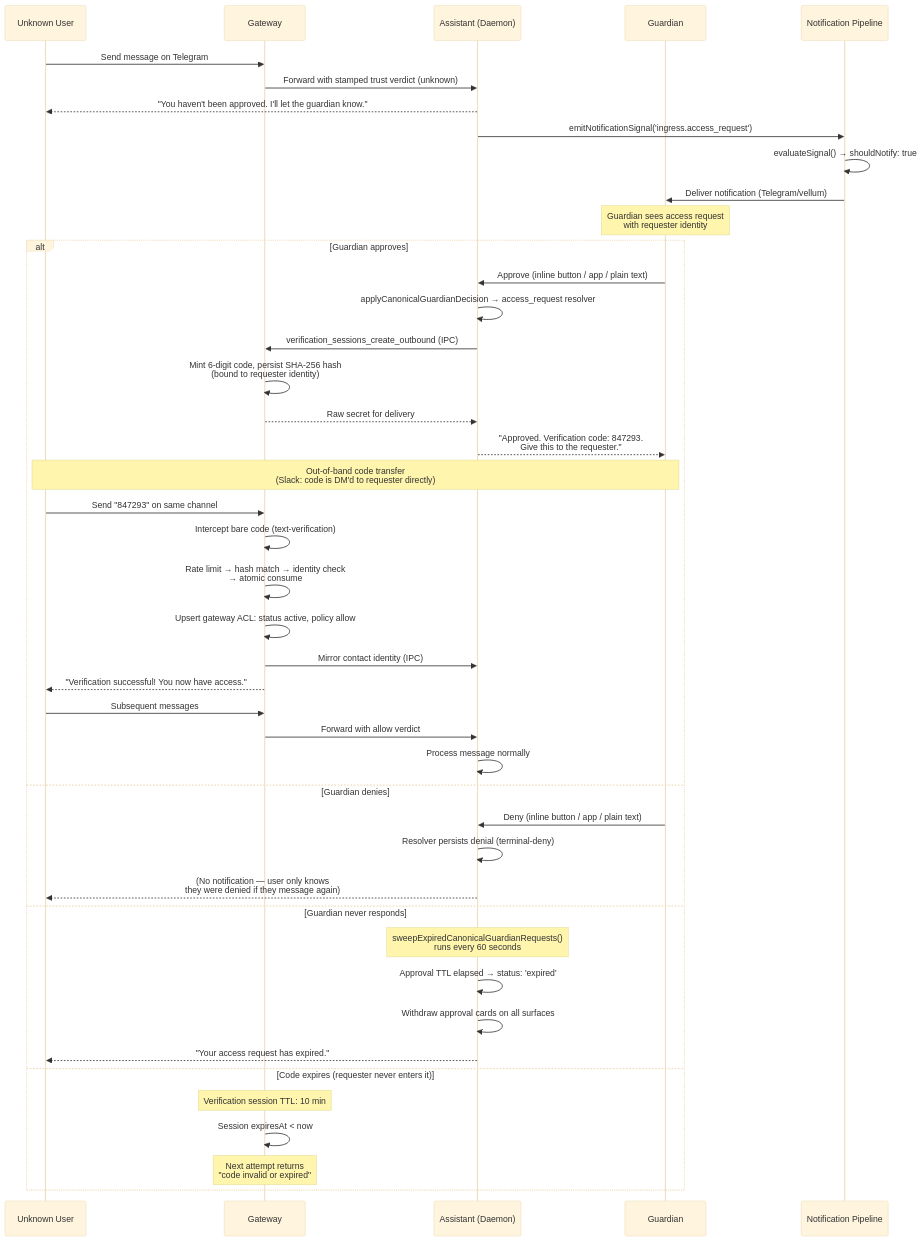
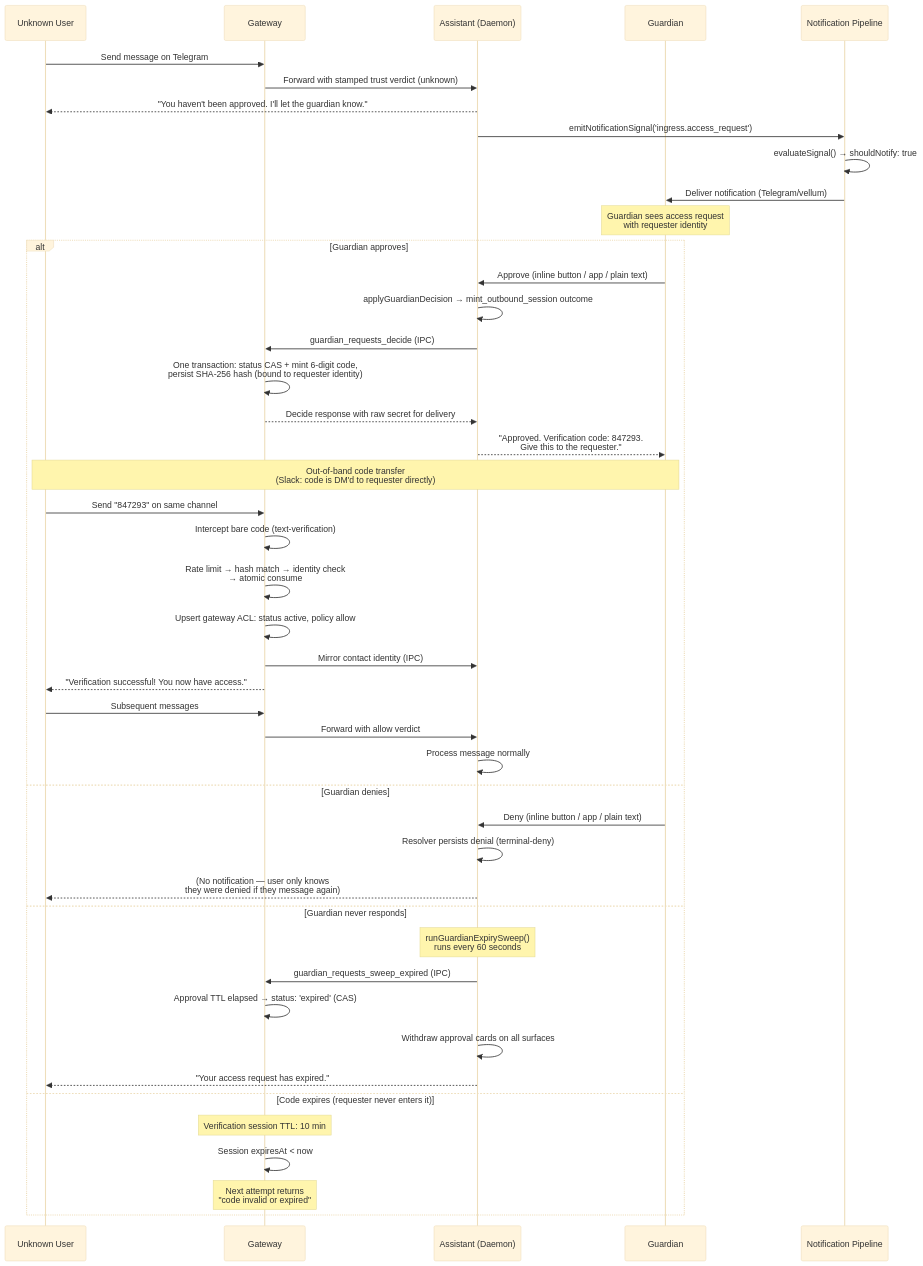
Before and after one commit to vellum-ai/vellum-assistant: the diagram in assistant/docs/trusted-contact-access.md, drawn with Mermaid (base theme). The commit also changed other lines of this file and 62 other files, not shown here.

Commit message:
feat(assistant): drop the guardian-request tables from the assistant DB (m0016)

````diff
--- a/assistant/docs/trusted-contact-access.md
+++ b/assistant/docs/trusted-contact-access.md
@@ -155,56 +155,57 @@
 ```mermaid
 sequenceDiagram
     participant U as Unknown User
     participant GW as Gateway
     participant A as Assistant (Daemon)
     participant G as Guardian
     participant N as Notification Pipeline
 
     U->>GW: Send message on Telegram
     GW->>A: Forward with stamped trust verdict (unknown)
     A-->>U: "You haven't been approved. I'll let the guardian know."
 
     A->>N: emitNotificationSignal('ingress.access_request')
     N->>N: evaluateSignal() → shouldNotify: true
     N->>G: Deliver notification (Telegram/vellum)
 
     Note over G: Guardian sees access request<br/>with requester identity
 
     alt Guardian approves
         G->>A: Approve (inline button / app / plain text)
-        A->>A: applyCanonicalGuardianDecision → access_request resolver
-        A->>GW: verification_sessions_create_outbound (IPC)
-        GW->>GW: Mint 6-digit code, persist SHA-256 hash<br/>(bound to requester identity)
-        GW-->>A: Raw secret for delivery
+        A->>A: applyGuardianDecision → mint_outbound_session outcome
+        A->>GW: guardian_requests_decide (IPC)
+        GW->>GW: One transaction: status CAS + mint 6-digit code,<br/>persist SHA-256 hash (bound to requester identity)
+        GW-->>A: Decide response with raw secret for delivery
         A-->>G: "Approved. Verification code: 847293.<br/>Give this to the requester."
 
         Note over G,U: Out-of-band code transfer<br/>(Slack: code is DM'd to requester directly)
 
         U->>GW: Send "847293" on same channel
         GW->>GW: Intercept bare code (text-verification)
         GW->>GW: Rate limit → hash match → identity check<br/>→ atomic consume
         GW->>GW: Upsert gateway ACL: status active, policy allow
         GW->>A: Mirror contact identity (IPC)
         GW-->>U: "Verification successful! You now have access."
 
         U->>GW: Subsequent messages
         GW->>A: Forward with allow verdict
         A->>A: Process message normally
 
     else Guardian denies
         G->>A: Deny (inline button / app / plain text)
         A->>A: Resolver persists denial (terminal-deny)
         A-->>U: (No notification — user only knows<br/>they were denied if they message again)
 
     else Guardian never responds
-        Note over A: sweepExpiredCanonicalGuardianRequests()<br/>runs every 60 seconds
-        A->>A: Approval TTL elapsed → status: 'expired'
+        Note over A: runGuardianExpirySweep()<br/>runs every 60 seconds
+        A->>GW: guardian_requests_sweep_expired (IPC)
+        GW->>GW: Approval TTL elapsed → status: 'expired' (CAS)
         A->>A: Withdraw approval cards on all surfaces
         A-->>U: "Your access request has expired."
 
     else Code expires (requester never enters it)
         Note over GW: Verification session TTL: 10 min
         GW->>GW: Session expiresAt < now
         Note over GW: Next attempt returns<br/>"code invalid or expired"
     end
 ```
````
